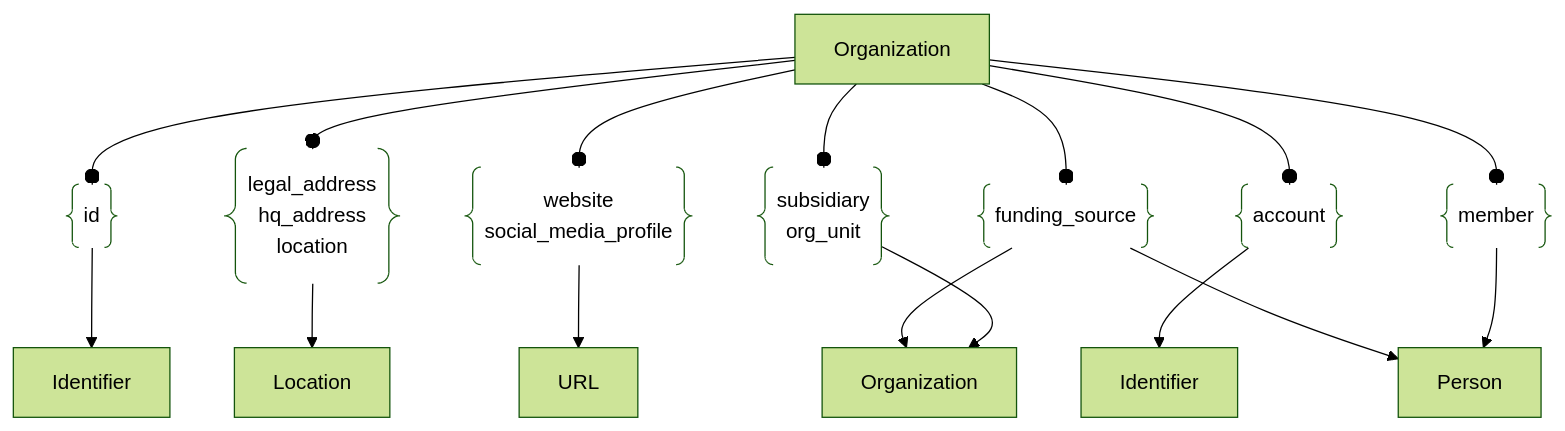
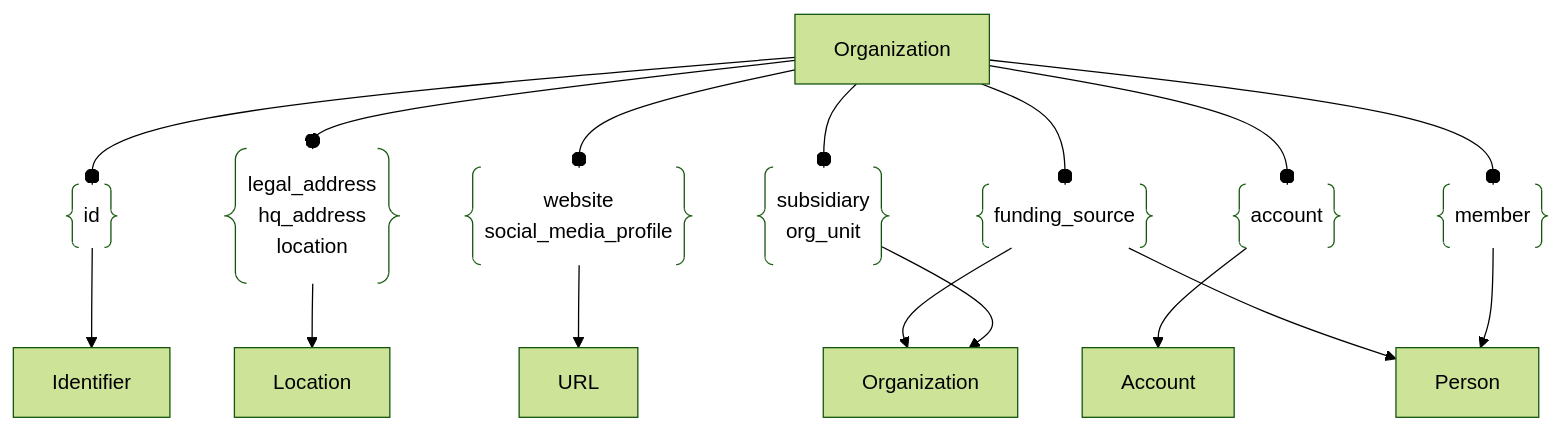
Before and after one commit to owasp-amass/docs: the diagram in docs/open_asset_model/assets/organization.md, drawn with Mermaid (forest theme).

Commit message:
fixed the mermaid graph

````diff
--- a/docs/open_asset_model/assets/organization.md
+++ b/docs/open_asset_model/assets/organization.md
@@ -48,42 +48,42 @@
 ```mermaid
 graph TD
 org["Organization"]
 ident["Identifier"]
 idrel@{ shape: braces, label: "id" }
 org --o idrel
 idrel --> ident
 
 loc["Location"]
 locrel@{ shape: braces, label: "legal_address
 hq_address
 location" }
 org --o locrel
 locrel --> loc
 
 org2["Organization"]
 orgrel@{ shape: braces, label: "subsidiary
 org_unit" }
 org --o orgrel
 orgrel --> org2
 
 url["URL"]
 urlrel@{ shape: braces, label: "website
 social_media_profile" }
 org --o urlrel
 urlrel --> url
 
-account["Identifier"]
+account["Account"]
 acctrel@{ shape: braces, label: "account" }
 org --o acctrel
 acctrel --> account
 
 person["Person"]
 member@{ shape: braces, label: "member" }
 org --o member
 member --> person
 
 funding@{ shape: braces, label: "funding_source" }
 org --o funding
 funding --> org2
 funding --> person
 ```
````
